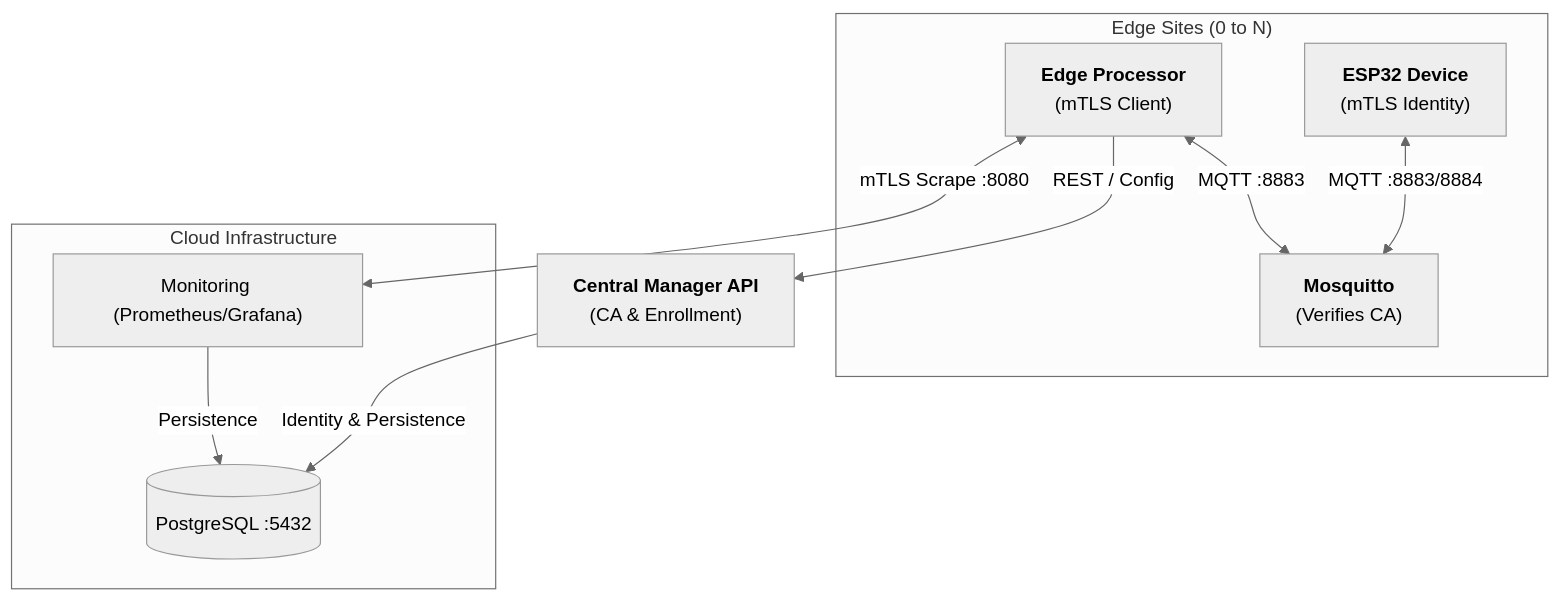
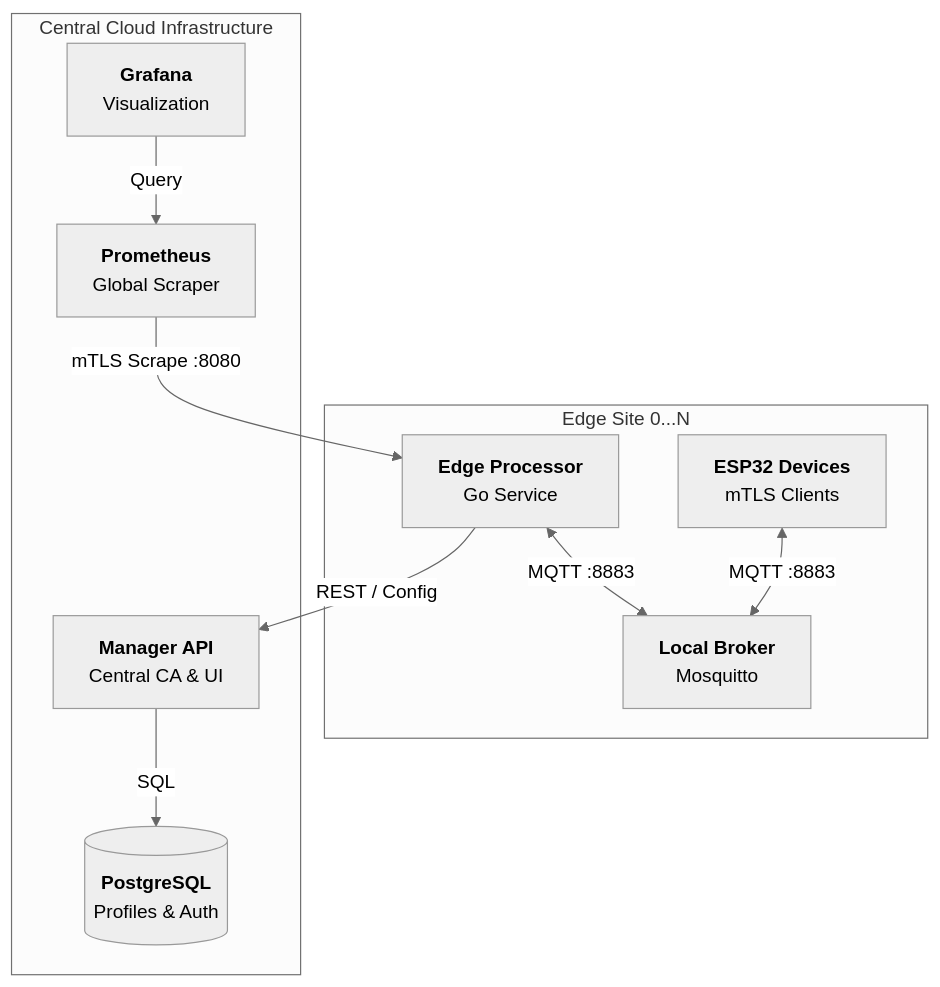
Before and after one commit to PEEMAI2004/CPE475: the first of 4 diagrams in Project/readme.md, drawn with Mermaid (neutral theme). The commit also changed other lines of this file and 30 other files, not shown here.

````diff
--- a/Project/readme.md
+++ b/Project/readme.md
@@ -24,18 +25,19 @@
 ```mermaid
 graph TD
-    subgraph "Edge Sites (0 to N)"
-        ESP32["<b>ESP32 Device</b><br/>(mTLS Identity)"] <-->|MQTT :8883/8884| Broker["<b>Mosquitto</b><br/>(Verifies CA)"]
-        Node["<b>Edge Processor</b><br/>(mTLS Client)"] <-->|MQTT :8883| Broker
+    subgraph "Edge Site 0...N"
+        ESP32["<b>ESP32 Devices</b><br/>mTLS Clients"] <-->|MQTT :8883| Broker["<b>Local Broker</b><br/>Mosquitto"]
+        Node["<b>Edge Processor</b><br/>Go Service"] <-->|MQTT :8883| Broker
     end
 
-    Node -- "REST / Config" --> Manager["<b>Central Manager API</b><br/>(CA & Enrollment)"]
-    
-    subgraph "Cloud Infrastructure"
-        DB[(PostgreSQL :5432)]
-        Vis["Monitoring (Prometheus/Grafana)"]
+    subgraph "Central Cloud Infrastructure"
+        Manager["<b>Manager API</b><br/>Central CA & UI"]
+        DB[(<b>PostgreSQL</b><br/>Profiles & Auth)]
+        Prom["<b>Prometheus</b><br/>Global Scraper"]
+        Graf["<b>Grafana</b><br/>Visualization"]
     end
 
-    Manager -- "Identity & Persistence" --> DB
-    Node <-->|mTLS Scrape :8080| Vis
-    Vis -- "Persistence" --> DB
+    Node -- "REST / Config" --> Manager
+    Manager -- "SQL" --> DB
+    Prom -- "mTLS Scrape :8080" --> Node
+    Graf -- "Query" --> Prom
 ```
````
